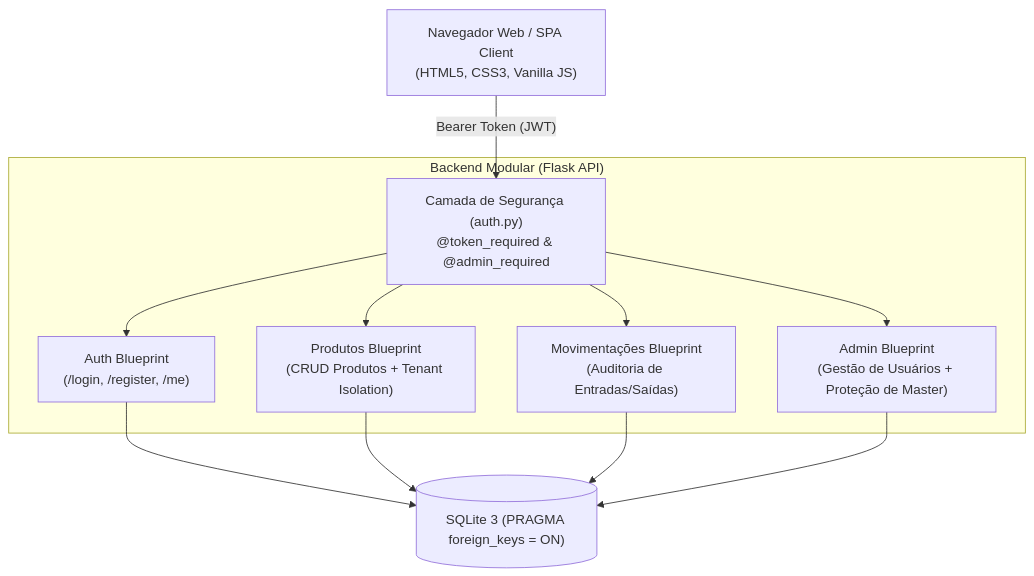
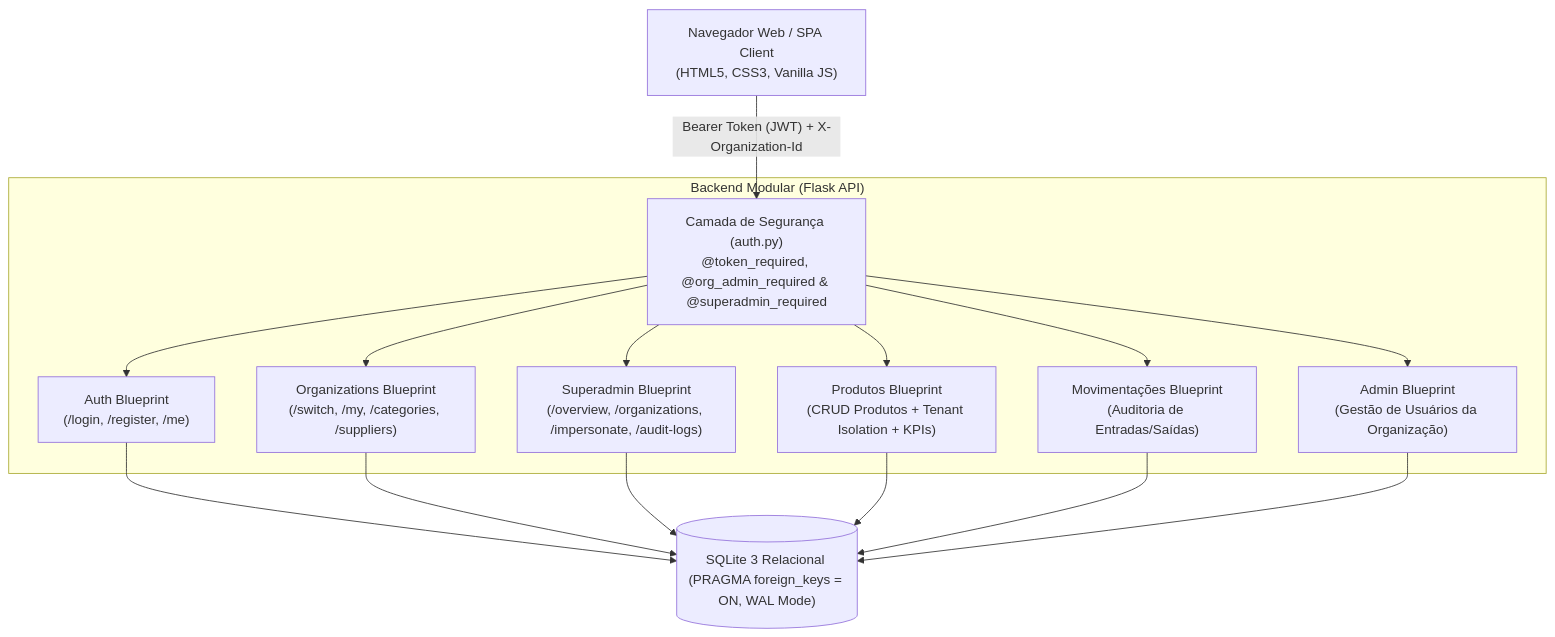
Before and after one commit to wthiagosan/SimpStock: the diagram in README.md, drawn with Mermaid. The commit also changed other lines of this file and 10 other files, not shown here.

Commit message:
feat(multitenancy): add organizations, tiered rbac, and superadmin impersonation API

````diff
--- a/README.md
+++ b/README.md
@@ -33,16 +34,20 @@
 ```mermaid
 graph TD
-    Client["Navegador Web / SPA Client\n(HTML5, CSS3, Vanilla JS)"] -->|"Bearer Token (JWT)"| Middleware["Camada de Segurança (auth.py)\n@token_required & @admin_required"]
+    Client["Navegador Web / SPA Client\n(HTML5, CSS3, Vanilla JS)"] -->|"Bearer Token (JWT) + X-Organization-Id"| Middleware["Camada de Segurança (auth.py)\n@token_required, @org_admin_required & @superadmin_required"]
     
     subgraph Backend_Flask ["Backend Modular (Flask API)"]
         Middleware --> AuthRoutes["Auth Blueprint\n(/login, /register, /me)"]
-        Middleware --> ProdRoutes["Produtos Blueprint\n(CRUD Produtos + Tenant Isolation)"]
+        Middleware --> OrgRoutes["Organizations Blueprint\n(/switch, /my, /categories, /suppliers)"]
+        Middleware --> SuperAdminRoutes["Superadmin Blueprint\n(/overview, /organizations, /impersonate, /audit-logs)"]
+        Middleware --> ProdRoutes["Produtos Blueprint\n(CRUD Produtos + Tenant Isolation + KPIs)"]
         Middleware --> MovRoutes["Movimentações Blueprint\n(Auditoria de Entradas/Saídas)"]
-        Middleware --> AdminRoutes["Admin Blueprint\n(Gestão de Usuários + Proteção de Master)"]
+        Middleware --> AdminRoutes["Admin Blueprint\n(Gestão de Usuários da Organização)"]
     end
 
-    AuthRoutes --> DB[("SQLite 3 (PRAGMA foreign_keys = ON)")]
+    AuthRoutes --> DB[("SQLite 3 Relacional (PRAGMA foreign_keys = ON, WAL Mode)")]
+    OrgRoutes --> DB
+    SuperAdminRoutes --> DB
     ProdRoutes --> DB
     MovRoutes --> DB
     AdminRoutes --> DB
 ```
````
